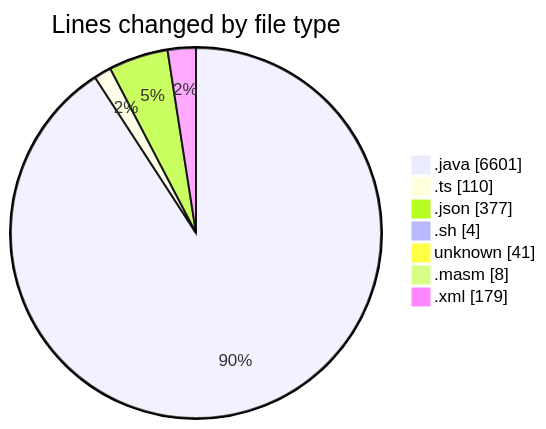
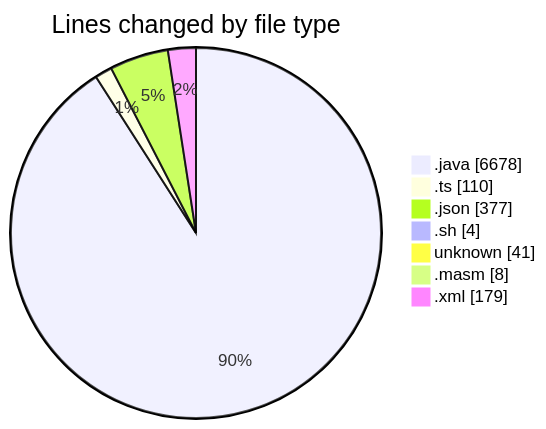
The first of 2 diagrams in 2025-02-20/micros/README.md (charlie-sans/code-tracking), drawn with Mermaid before and after one commit. The commit also changed other lines of this file and 1 other file, not shown here.

````diff
--- a/2025-02-20/micros/README.md
+++ b/2025-02-20/micros/README.md
@@ -45,11 +46,11 @@
 ```mermaid
 pie showData
 title Lines changed by file type
-".java" : 6601
+".java" : 6678
 ".ts" : 110
 ".json" : 377
 ".sh" : 4
 "unknown" : 41
 ".masm" : 8
 ".xml" : 179
 ```
````
